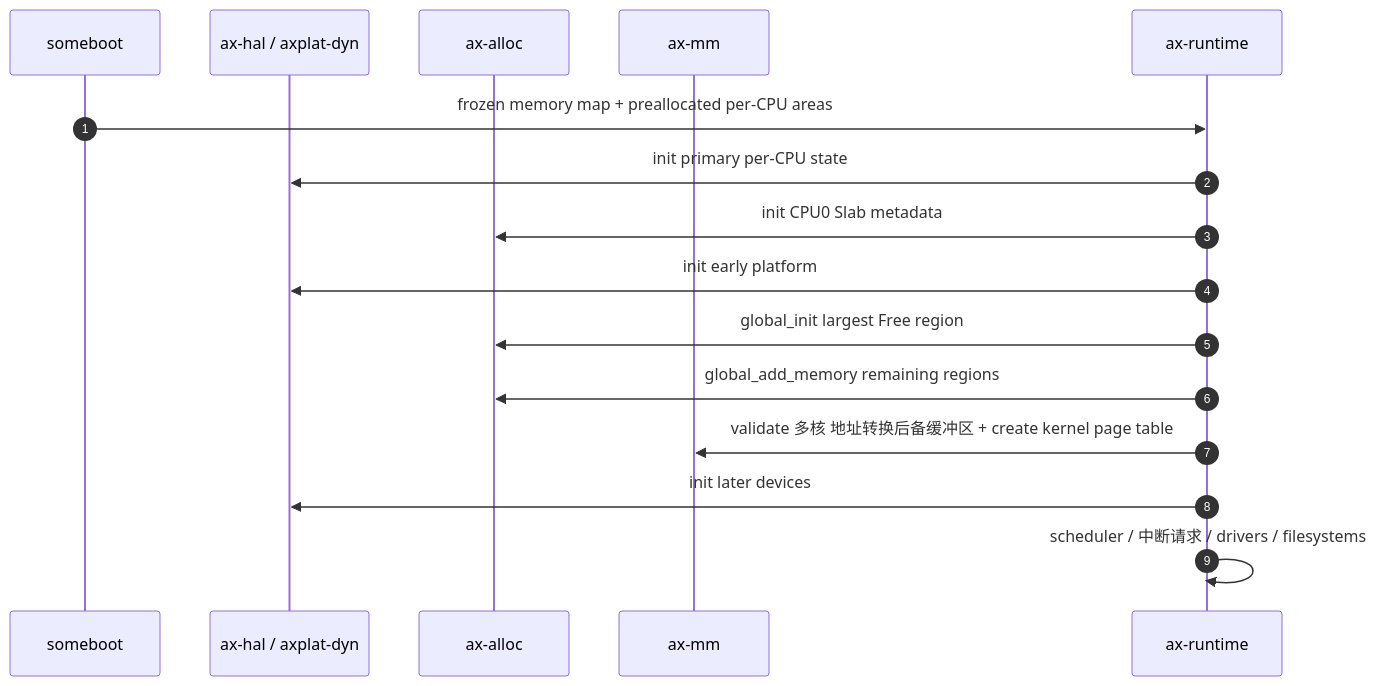
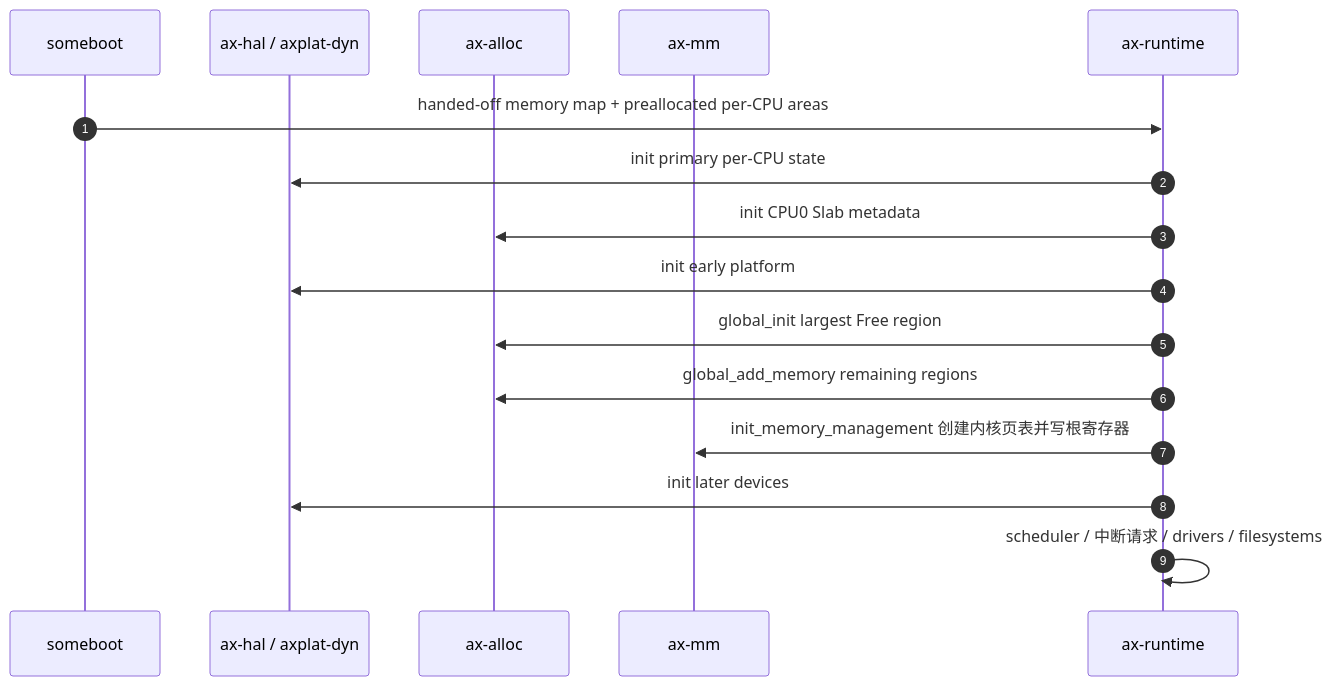
The first of 3 diagrams in docs/docs/architecture/memory/integration.md (rcore-os/tgoskits), drawn with Mermaid before and after one commit. The commit also changed other lines of this file and 13 other files, not shown here.

Commit message:
docs(memory): align architecture docs with actual implementation

````diff
--- a/docs/docs/architecture/memory/integration.md
+++ b/docs/docs/architecture/memory/integration.md
@@ -18,18 +18,18 @@
 ```mermaid
 sequenceDiagram
     autonumber
     participant Boot as someboot
     participant Hal as ax-hal / axplat-dyn
     participant Alloc as ax-alloc
     participant Mm as ax-mm
     participant Rt as ax-runtime
-    Boot->>Rt: frozen memory map + preallocated per-CPU areas
+    Boot->>Rt: handed-off memory map + preallocated per-CPU areas
     Rt->>Hal: init primary per-CPU state
     Rt->>Alloc: init CPU0 Slab metadata
     Rt->>Hal: init early platform
     Rt->>Alloc: global_init largest Free region
     Rt->>Alloc: global_add_memory remaining regions
-    Rt->>Mm: validate 多核 地址转换后备缓冲区 + create kernel page table
+    Rt->>Mm: init_memory_management 创建内核页表并写根寄存器
     Rt->>Hal: init later devices
     Rt->>Rt: scheduler / 中断请求 / drivers / filesystems
 ```
````
